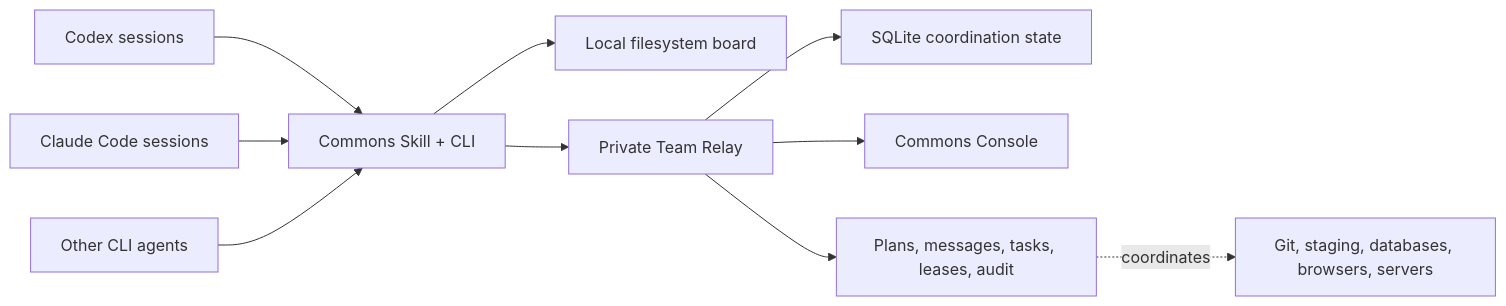
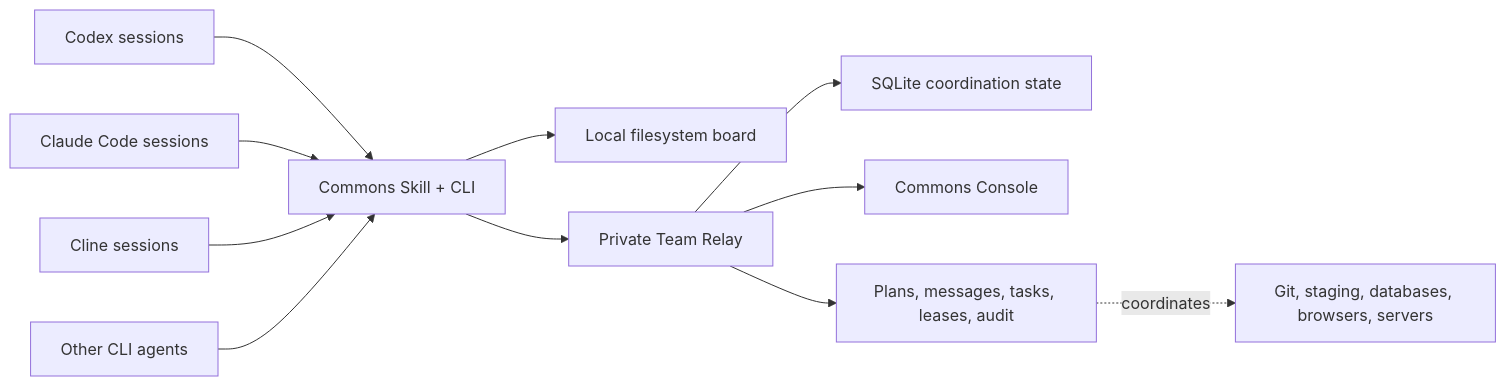
The diagram in README.md (t54-labs/agent-commons), drawn with Mermaid before and after one commit. The commit also changed other lines of this file and 33 other files, not shown here.

````diff
--- a/README.md
+++ b/README.md
@@ -197,12 +208,13 @@
 ```mermaid
 flowchart LR
     C["Codex sessions"] --> S["Commons Skill + CLI"]
     A["Claude Code sessions"] --> S
+    CL["Cline sessions"] --> S
     O["Other CLI agents"] --> S
-    S --> L["Local filesystem board"]
+    S --> LB["Local filesystem board"]
     S --> R["Private Team Relay"]
     R --> D["SQLite coordination state"]
     R --> U["Commons Console"]
     R --> X["Plans, messages, tasks, leases, audit"]
     X -. "coordinates" .-> E["Git, staging, databases, browsers, servers"]
 ```
````
